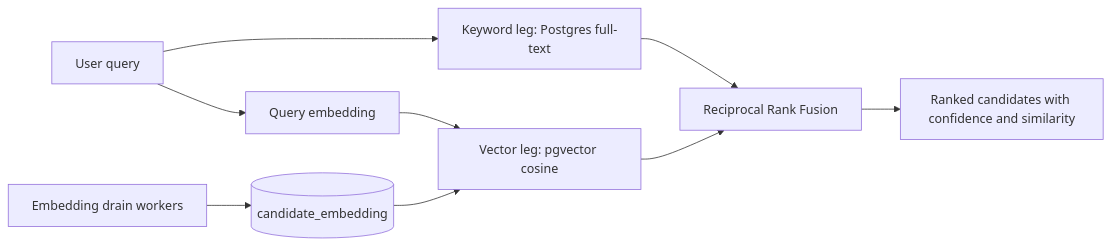
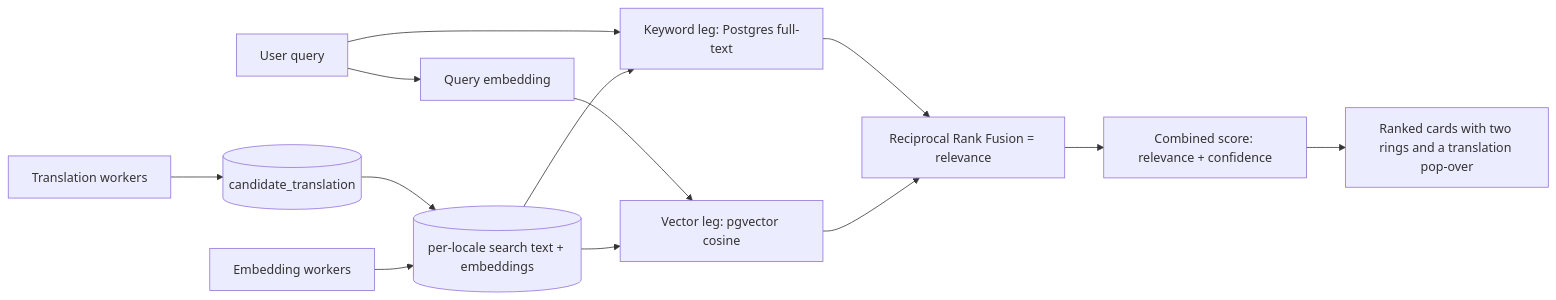
Before and after one commit to vadim-schultz/redtape: the first of 3 diagrams in .plans/search-first/00-architecture.md, drawn with Mermaid. The commit also changed other lines of this file and 23 other files, not shown here.

First line of the commit message:
docs(plans): add combined ranking and document translation chapters to search-first

````diff
--- a/.plans/search-first/00-architecture.md
+++ b/.plans/search-first/00-architecture.md
@@ -19,11 +19,15 @@
 ```mermaid
 flowchart LR
   Q[User query] --> E[Query embedding]
   Q --> K[Keyword leg: Postgres full-text]
   E --> V[Vector leg: pgvector cosine]
-  K --> F[Reciprocal Rank Fusion]
+  K --> F[Reciprocal Rank Fusion = relevance]
   V --> F
-  F --> R[Ranked candidates with confidence and similarity]
-  W[Embedding drain workers] --> P[(candidate_embedding)]
+  F --> S[Combined score: relevance + confidence]
+  S --> R[Ranked cards with two rings and a translation pop-over]
+  T[Translation workers] --> X[(candidate_translation)]
+  X --> P[(per-locale search text + embeddings)]
+  W[Embedding workers] --> P
+  P --> K
   P --> V
 ```
````
